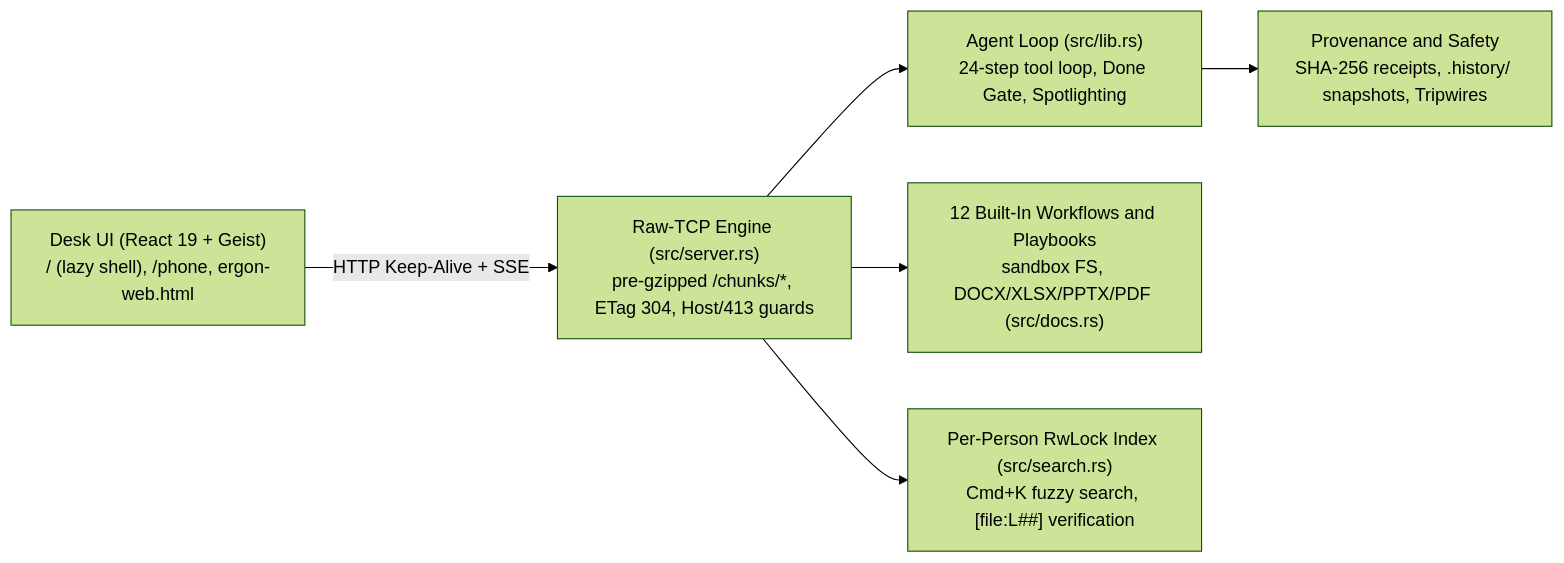
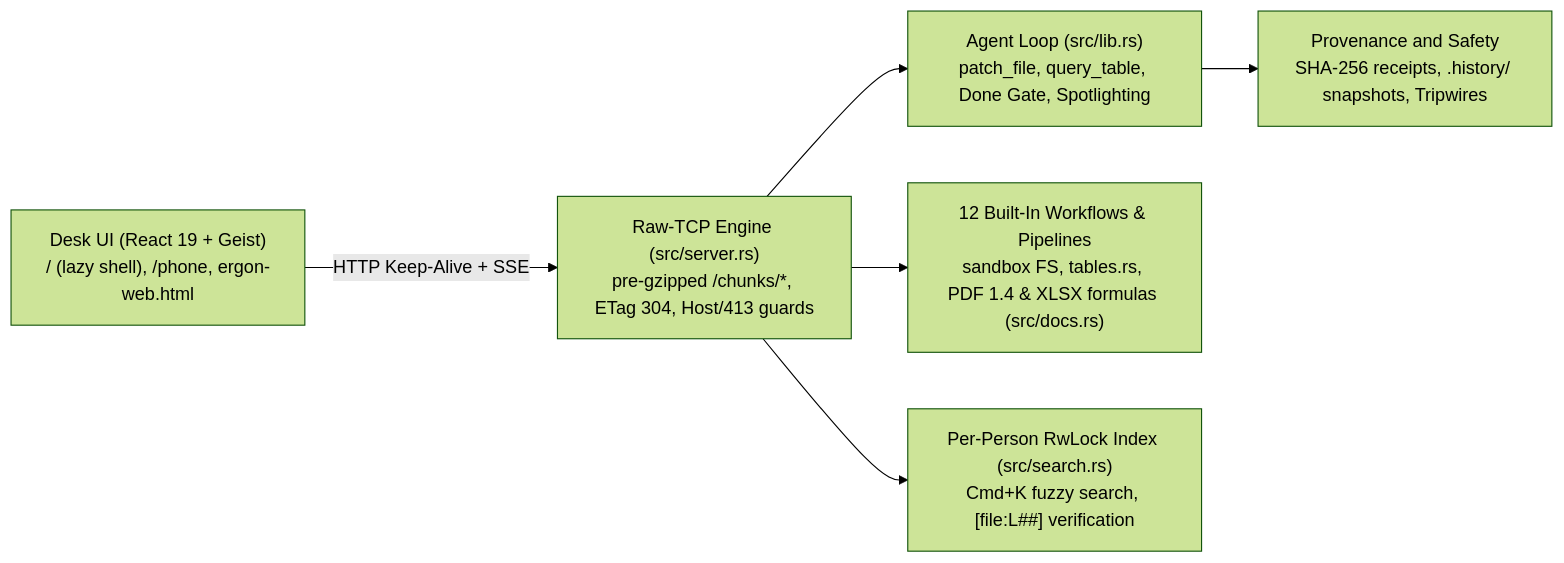
One commit to cayleb-james2008/ergon changed the diagram in README.md. Above: the diagram before and after it, drawn with Mermaid (forest theme). The commit also changed other lines of this file and 17 other files, not shown here.

Commit message:
chore(release): prepare v0.30.0 deliverable studio, tables, PDF and formula XLSX

````diff
--- a/README.md
+++ b/README.md
@@ -58,8 +66,8 @@
 ```mermaid
 flowchart LR
   UI["Desk UI (React 19 + Geist)\n/ (lazy shell), /phone, ergon-web.html"] -->|HTTP Keep-Alive + SSE| HTTP["Raw-TCP Engine (src/server.rs)\npre-gzipped /chunks/*, ETag 304, Host/413 guards"]
-  HTTP --> Agent["Agent Loop (src/lib.rs)\n24-step tool loop, Done Gate, Spotlighting"]
-  HTTP --> Workflows["12 Built-In Workflows and Playbooks\nsandbox FS, DOCX/XLSX/PPTX/PDF (src/docs.rs)"]
+  HTTP --> Agent["Agent Loop (src/lib.rs)\npatch_file, query_table, Done Gate, Spotlighting"]
+  HTTP --> Workflows["12 Built-In Workflows & Pipelines\nsandbox FS, tables.rs, PDF 1.4 & XLSX formulas (src/docs.rs)"]
   HTTP --> Index["Per-Person RwLock Index (src/search.rs)\nCmd+K fuzzy search, [file:L##] verification"]
   Agent --> Ledger["Provenance and Safety\nSHA-256 receipts, .history/ snapshots, Tripwires"]
 ```
````
